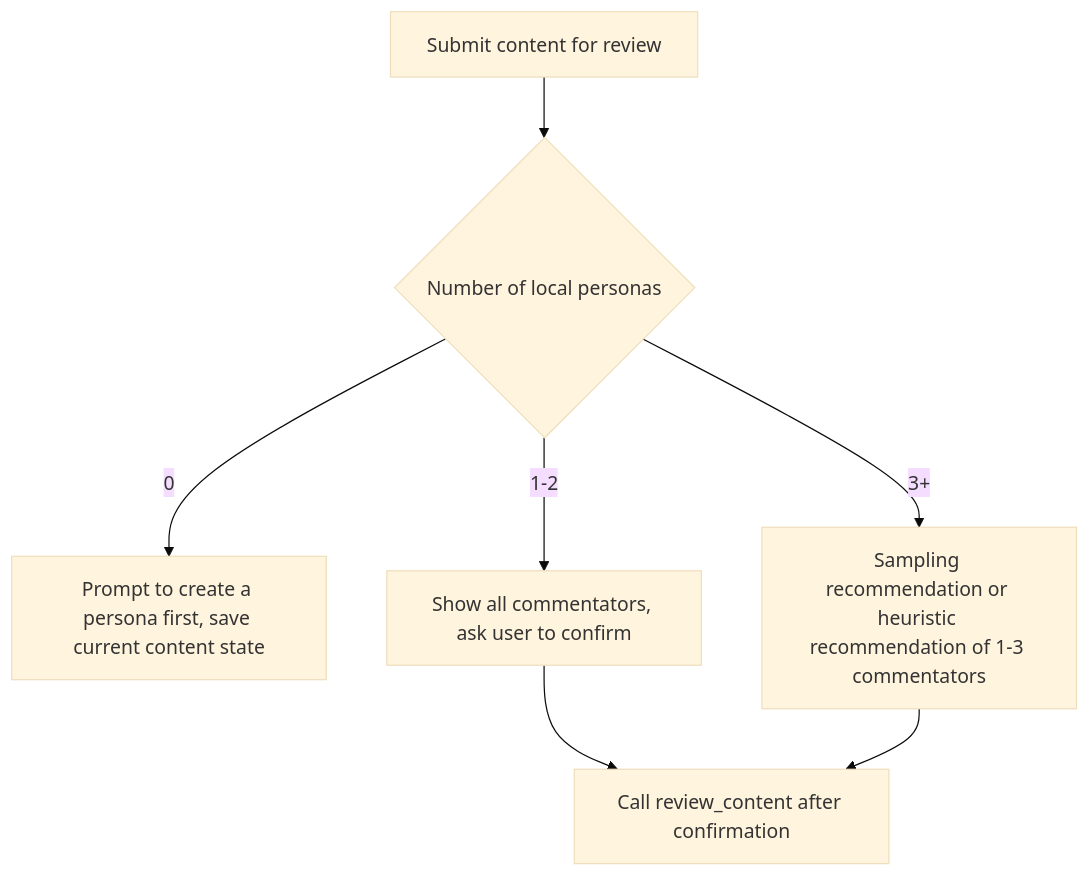
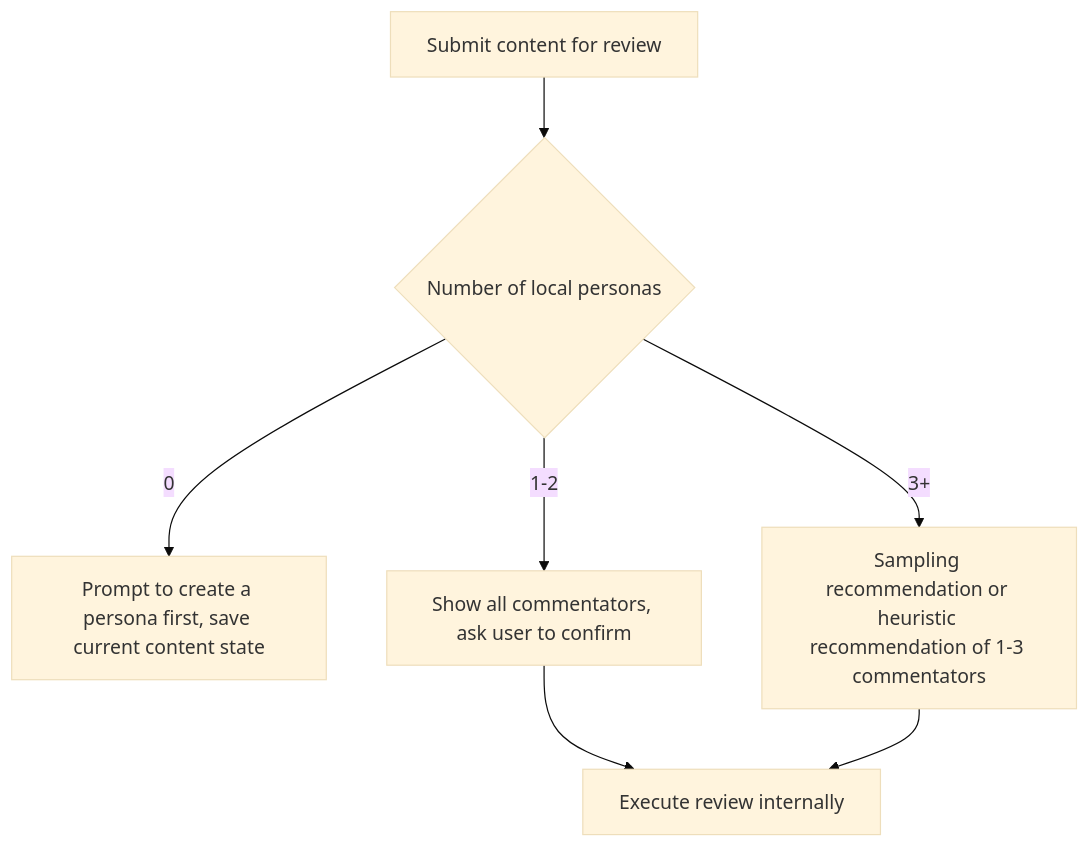
Before and after one commit to ChurzeXo/kevlar-4u: the first of 3 diagrams in README.md, drawn with Mermaid (base theme). The commit also changed other lines of this file and 7 other files, not shown here.

Commit message:
chore: 清理 review_content 重构后残留的死代码

````diff
--- a/README.md
+++ b/README.md
@@ -110,9 +109,9 @@
 ```mermaid
 flowchart TD
   A["Submit content for review"] --> B{"Number of local personas"}
   B -->|0| C["Prompt to create a persona first, save current content state"]
   B -->|1-2| D["Show all commentators, ask user to confirm"]
   B -->|3+| E["Sampling recommendation or heuristic recommendation of 1-3 commentators"]
-  D --> F["Call review_content after confirmation"]
+  D --> F["Execute review internally"]
   E --> F
 ```
````
